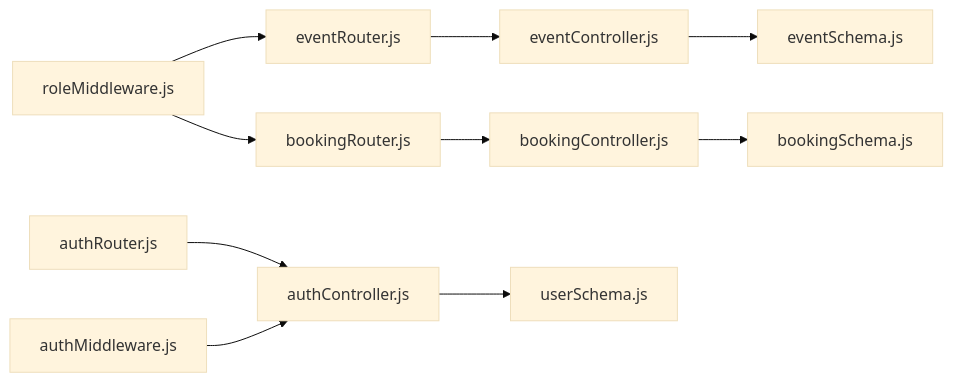
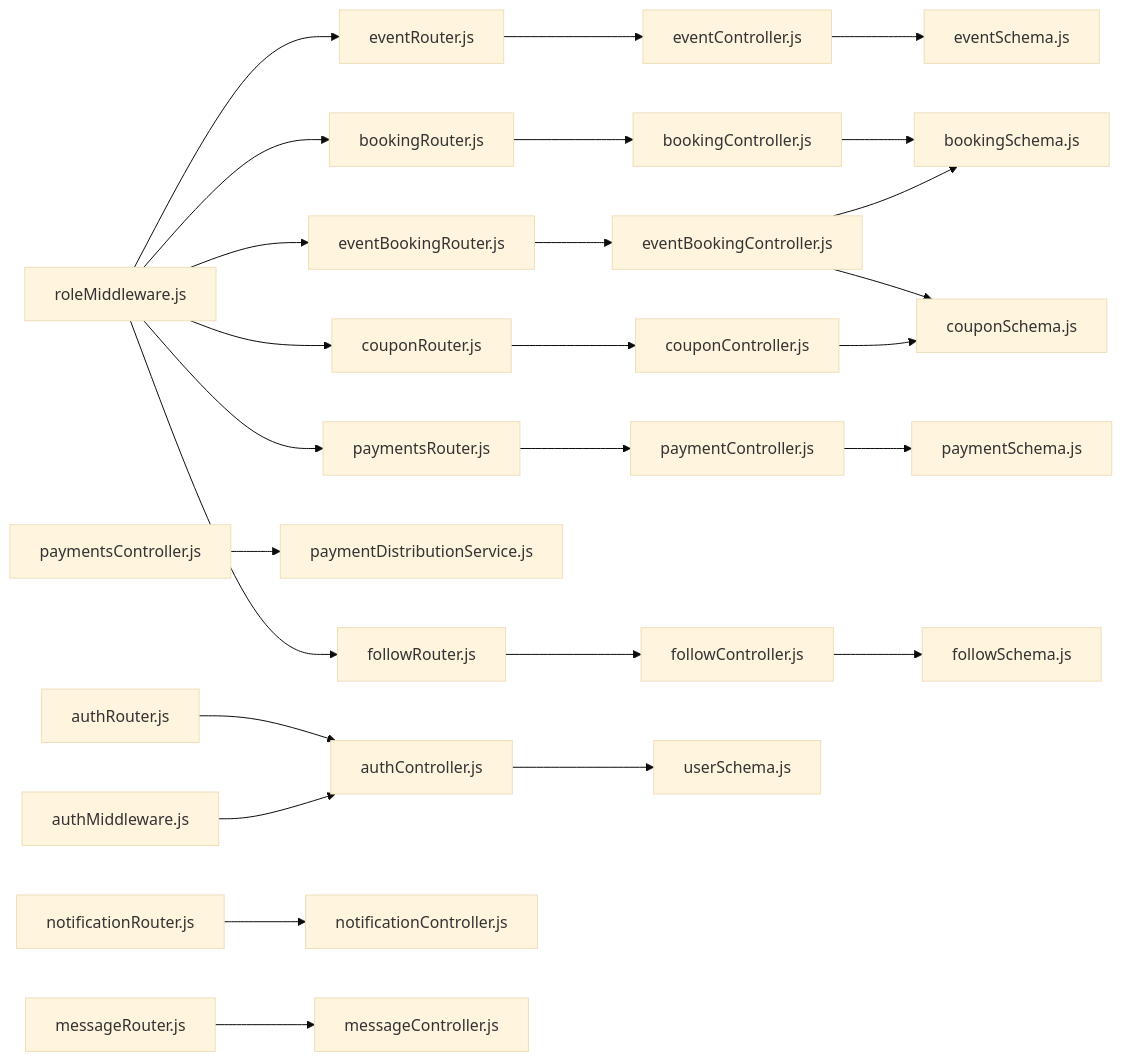
One commit to meghanamallela69-tech/event changed the third of 3 diagrams in .qoder/repowiki/en/content/API Reference/API Reference.md. Above: the diagram before and after it, drawn with Mermaid (base theme). The commit also changed other lines of this file and 63 other files, not shown here.

````diff
--- a/.qoder/repowiki/en/content/API Reference/API Reference.md
+++ b/.qoder/repowiki/en/content/API Reference/API Reference.md
@@ -415,12 +811,28 @@
 ```mermaid
 graph LR
 AR["authRouter.js"] --> AC["authController.js"]
 ER["eventRouter.js"] --> EC["eventController.js"]
 BR["bookingRouter.js"] --> BC["bookingController.js"]
+EBR["eventBookingRouter.js"] --> EBC["eventBookingController.js"]
+PMTR["paymentsRouter.js"] --> PMC["paymentController.js"]
+PMCS["paymentsController.js"] --> PDS["paymentDistributionService.js"]
+CR["couponRouter.js"] --> CC["couponController.js"]
+FR["followRouter.js"] --> FC["followController.js"]
+NR["notificationRouter.js"] --> NC["notificationController.js"]
+MR["messageRouter.js"] --> MC["messageController.js"]
 FMW["authMiddleware.js"] --> AC
 RMW["roleMiddleware.js"] --> ER
 RMW --> BR
+RMW --> EBR
+RMW --> PMTR
+RMW --> CR
+RMW --> FR
 AC --> US["userSchema.js"]
 EC --> ES["eventSchema.js"]
 BC --> BS["bookingSchema.js"]
+EBC --> BS
+EBC --> CS["couponSchema.js"]
+PMC --> PS["paymentSchema.js"]
+CC --> CS
+FC --> FS["followSchema.js"]
 ```
````
